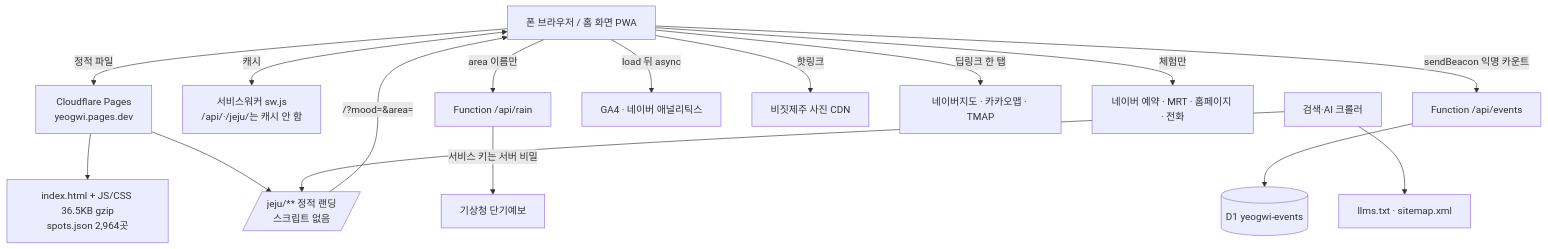
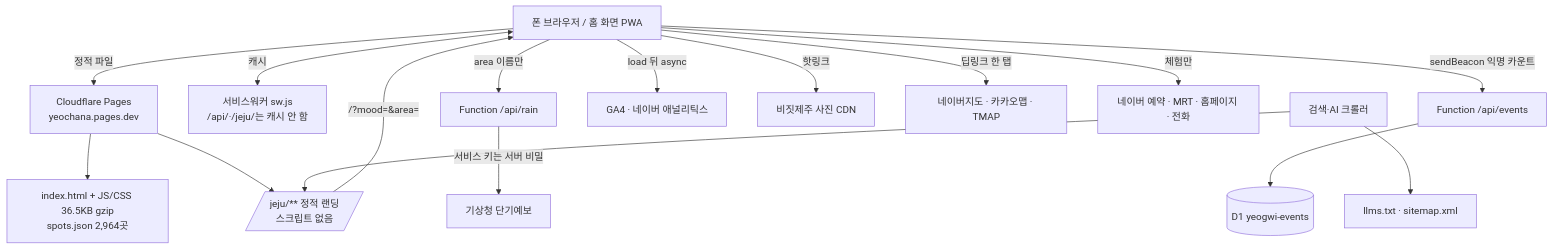
The second of 2 diagrams in docs/portfolio/FACTS.md (rlaalstjr201-create/jeju), drawn with Mermaid before and after one commit. The commit also changed other lines of this file and 45 other files, not shown here.

First line of the commit message:
feat: 이름 「여차나:제주」(홈 화면 「여차나」), 주소 yeochana.pages.dev (ADR-0082, ADR-0077 대체)

````diff
--- a/docs/portfolio/FACTS.md
+++ b/docs/portfolio/FACTS.md
@@ -181,18 +181,18 @@
 ```mermaid
 flowchart TB
-  U[폰 브라우저 / 홈 화면 PWA] -->|정적 파일| CF[Cloudflare Pages<br/>yeogwi.pages.dev]
+  U[폰 브라우저 / 홈 화면 PWA] -->|정적 파일| CF[Cloudflare Pages<br/>yeochana.pages.dev]
   CF --> SH[index.html + JS/CSS 36.5KB gzip<br/>spots.json 2,964곳]
   CF --> LP[/jeju/** 정적 랜딩<br/>스크립트 없음/]
   U <-->|캐시| SW[서비스워커 sw.js<br/>/api/·/jeju/는 캐시 안 함]
   U -->|area 이름만| RF[Function /api/rain]
   RF -->|서비스 키는 서버 비밀| KMA[기상청 단기예보]
   U -->|sendBeacon 익명 카운트| EF[Function /api/events]
   EF --> D1[(D1 yeogwi-events)]
   U -->|load 뒤 async| GA[GA4 · 네이버 애널리틱스]
   U -->|핫링크| IMG[비짓제주 사진 CDN]
   U -->|딥링크 한 탭| MAP[네이버지도 · 카카오맵 · TMAP]
   U -->|체험만| BOOK[네이버 예약 · MRT · 홈페이지 · 전화]
   LP -->|/?mood=&area=| U
   AI[검색·AI 크롤러] --> LP
   AI --> LT[llms.txt · sitemap.xml]
 ```
````
